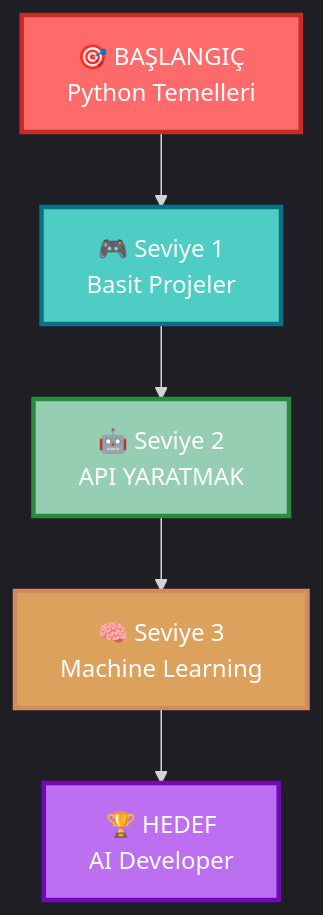
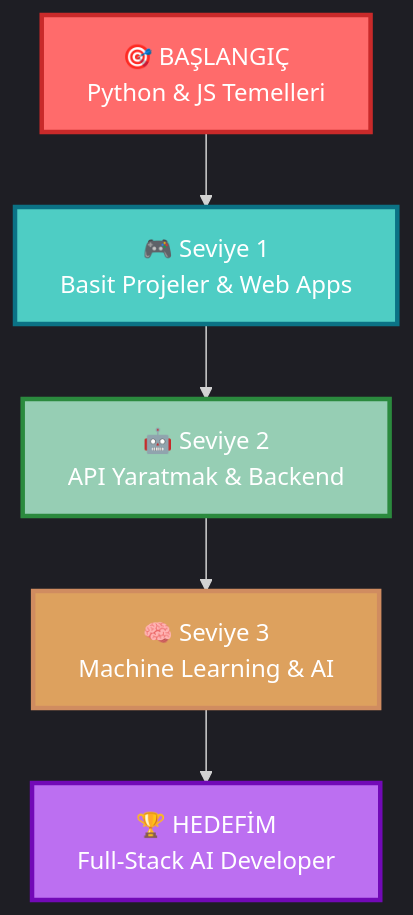
One commit to Lukosadev1/Lukosadev1 changed the diagram in README.md. Above: the diagram before and after it, drawn with Mermaid. The commit also changed other lines of this file, not shown here.

````diff
--- a/README.md
+++ b/README.md
@@ -113,14 +129,14 @@
 ```mermaid
 %%{init: {'theme':'dark'}}%%
 graph TB
-    A[🎯 BAŞLANGIÇ<br/>Python Temelleri] --> B[🎮 Seviye 1<br/>Basit Projeler]
-    B --> C[🤖 Seviye 2<br/>API YARATMAK]
-    C --> D[🧠 Seviye 3<br/>Machine Learning]
-    D --> E[🏆 HEDEF<br/>AI Developer]
+    A[🎯 BAŞLANGIÇ<br/>Python & JS Temelleri] --> B[🎮 Seviye 1<br/>Basit Projeler & Web Apps]
+    B --> C[🤖 Seviye 2<br/>API Yaratmak & Backend]
+    C --> D[🧠 Seviye 3<br/>Machine Learning & AI]
+    D --> E[🏆 HEDEFİM<br/>Full-Stack AI Developer]
     
     style A fill:#FF6B6B,stroke:#C92A2A,stroke-width:3px,color:#fff
     style B fill:#4ECDC4,stroke:#0B7285,stroke-width:3px,color:#fff
     style C fill:#96CEB4,stroke:#2B8A3E,stroke-width:3px,color:#fff
     style D fill:#DDA15E,stroke:#D08C60,stroke-width:3px,color:#fff
     style E fill:#BC6FF1,stroke:#7209B7,stroke-width:3px,color:#fff
 ```
````
